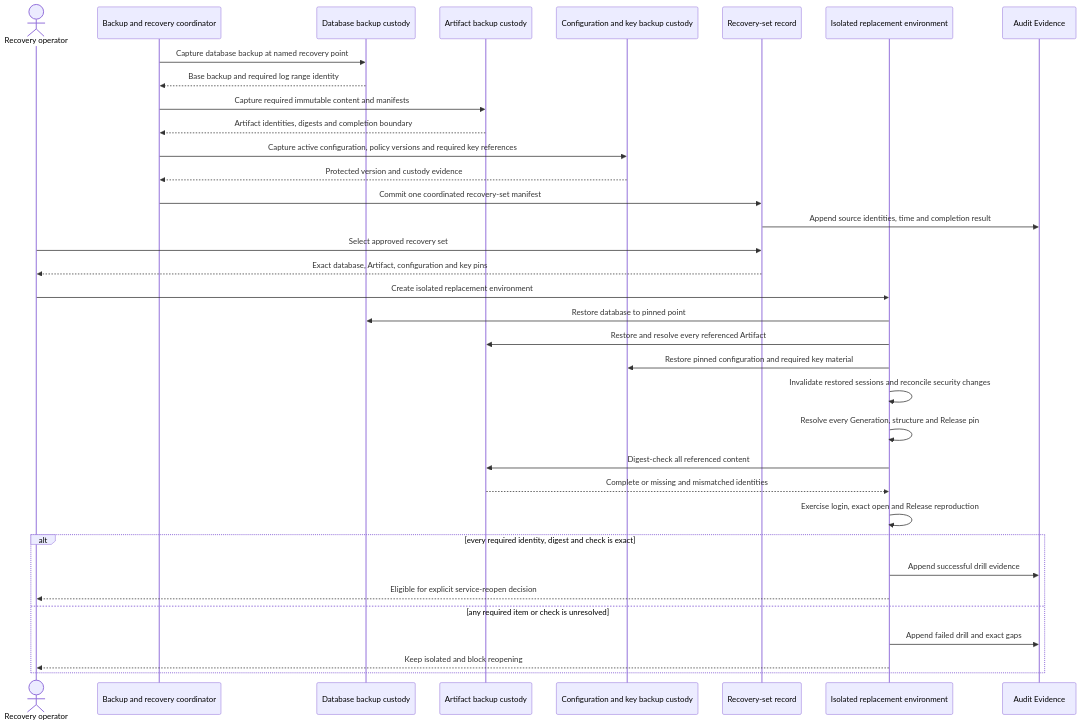
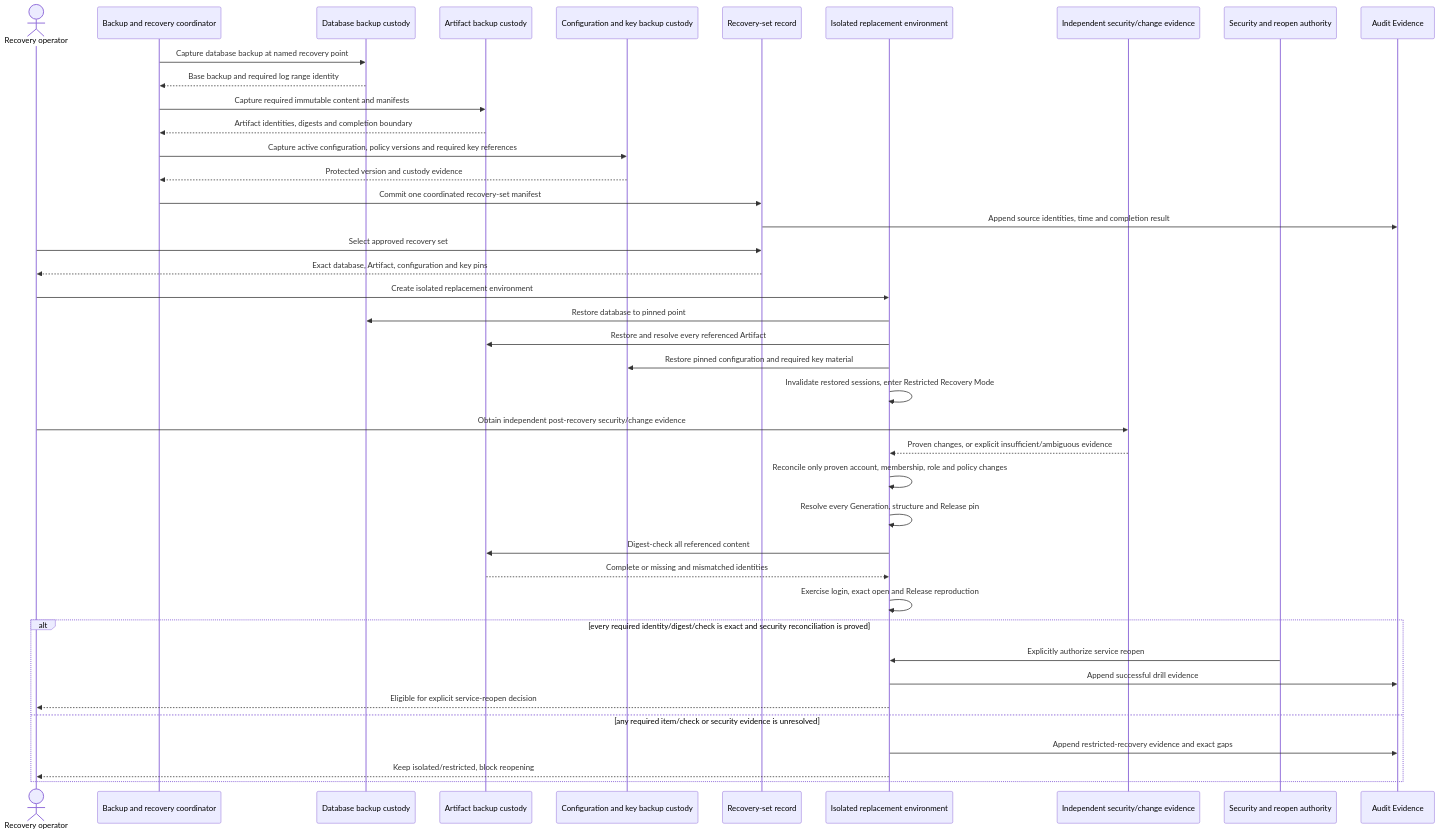
Diagram 25 of 26 in docs/product/instances/idea-engineering/DOC-05-architecture-description.md (devphuclam/IDEAEngineering), drawn with Mermaid before and after one commit. The commit also changed other lines of this file and 73 other files, not shown here.

Commit message:
docs: correct architecture custody and audit views

````diff
--- a/docs/product/instances/idea-engineering/DOC-05-architecture-description.md
+++ b/docs/product/instances/idea-engineering/DOC-05-architecture-description.md
@@ -1796,43 +1957,49 @@
 ```mermaid
 sequenceDiagram
     accTitle: Coordinated exact backup and recovery
-    accDescr: A backup coordinator selects one recovery point and records a recovery-set manifest that joins the database point, every required immutable Artifact, active configuration and policy versions, and required protected key material. During recovery, an operator restores these parts into an isolated replacement environment, invalidates restored sessions, reconciles later security changes, resolves every retained Generation and verifies every digest. Only an exact result with required functional checks may reopen service; any missing or mismatched item leaves recovery blocked and visible.
+    accDescr: A backup coordinator selects one recovery point and records a recovery-set manifest that joins the database point, every required immutable Artifact, active configuration and policy versions, and required protected key material. During recovery, an operator restores these parts into an isolated replacement, invalidates restored sessions and enters Restricted Recovery Mode. Post-recovery security changes are reconciled only from independent operational evidence; absent or ambiguous evidence keeps the service restricted. Only exact data, completed security reconciliation and an explicit named reopen decision can reopen service.
 
     actor Operator as Recovery operator
     participant Coord as Backup and recovery coordinator
     participant DB as Database backup custody
     participant Artifacts as Artifact backup custody
     participant Config as Configuration and key backup custody
     participant Record as Recovery-set record
     participant Target as Isolated replacement environment
+    participant Evidence as Independent security/change evidence
+    participant Authority as Security and reopen authority
     participant Audit as Audit Evidence
 
     Coord->>DB: Capture database backup at named recovery point
     DB-->>Coord: Base backup and required log range identity
     Coord->>Artifacts: Capture required immutable content and manifests
     Artifacts-->>Coord: Artifact identities, digests and completion boundary
     Coord->>Config: Capture active configuration, policy versions and required key references
     Config-->>Coord: Protected version and custody evidence
     Coord->>Record: Commit one coordinated recovery-set manifest
     Record->>Audit: Append source identities, time and completion result
 
     Operator->>Record: Select approved recovery set
     Record-->>Operator: Exact database, Artifact, configuration and key pins
     Operator->>Target: Create isolated replacement environment
     Target->>DB: Restore database to pinned point
     Target->>Artifacts: Restore and resolve every referenced Artifact
     Target->>Config: Restore pinned configuration and required key material
-    Target->>Target: Invalidate restored sessions and reconcile security changes
+    Target->>Target: Invalidate restored sessions, enter Restricted Recovery Mode
+    Operator->>Evidence: Obtain independent post-recovery security/change evidence
+    Evidence-->>Target: Proven changes, or explicit insufficient/ambiguous evidence
+    Target->>Target: Reconcile only proven account, membership, role and policy changes
     Target->>Target: Resolve every Generation, structure and Release pin
     Target->>Artifacts: Digest-check all referenced content
     Artifacts-->>Target: Complete or missing and mismatched identities
     Target->>Target: Exercise login, exact open and Release reproduction
 
-    alt every required identity, digest and check is exact
+    alt every required identity/digest/check is exact and security reconciliation is proved
+        Authority->>Target: Explicitly authorize service reopen
         Target->>Audit: Append successful drill evidence
         Target-->>Operator: Eligible for explicit service-reopen decision
-    else any required item or check is unresolved
-        Target->>Audit: Append failed drill and exact gaps
-        Target-->>Operator: Keep isolated and block reopening
+    else any required item/check or security evidence is unresolved
+        Target->>Audit: Append restricted-recovery evidence and exact gaps
+        Target-->>Operator: Keep isolated/restricted, block reopening
     end
 ```
````
